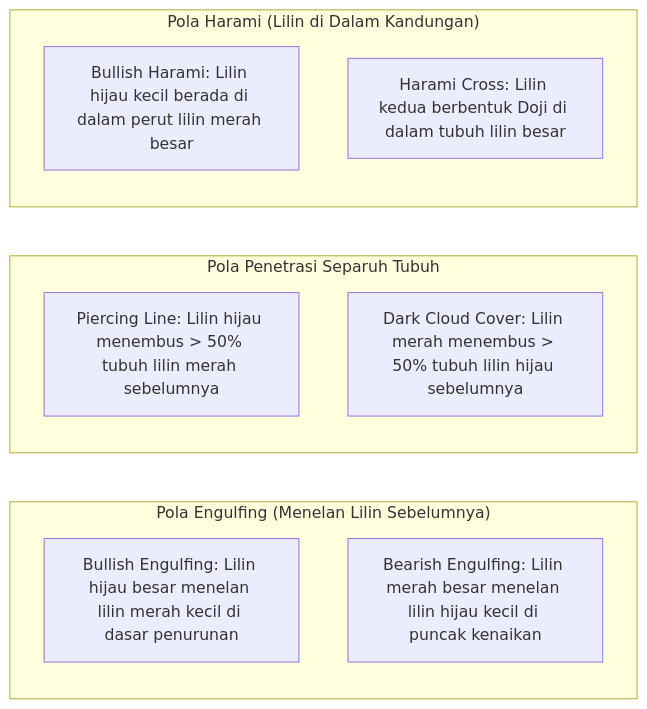
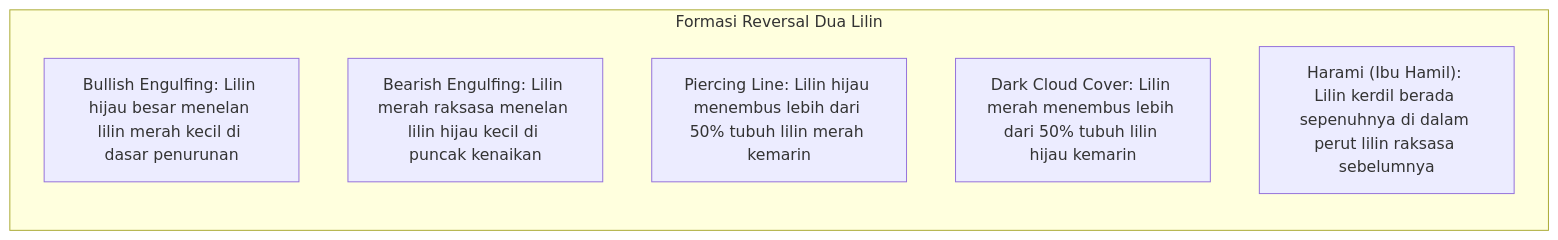
One commit to AlulCode45/Trading-Learning-Path changed the fourth of 6 diagrams in docs/edianto-ong/24-candlestick-komprehensif.md. Above: the diagram before and after it, drawn with Mermaid. The commit also changed other lines of this file and 29 other files, not shown here.

Commit message:
docs(edianto-ong): upgrade all 29 chapters with beginner analogies, diagrams, step-by-step guides, and case studies

````diff
--- a/docs/edianto-ong/24-candlestick-komprehensif.md
+++ b/docs/edianto-ong/24-candlestick-komprehensif.md
@@ -83,20 +114,11 @@
 ```mermaid
-flowchart LR
-    subgraph EngulfingPatterns["Pola Engulfing (Menelan Lilin Sebelumnya)"]
+flowchart TD
+    subgraph DualPatterns["Formasi Reversal Dua Lilin"]
         direction TB
-        BE["Bullish Engulfing: Lilin hijau besar menelan lilin merah kecil di dasar penurunan"]
-        BR["Bearish Engulfing: Lilin merah besar menelan lilin hijau kecil di puncak kenaikan"]
-    end
-
-    subgraph PiercingCloud["Pola Penetrasi Separuh Tubuh"]
-        direction TB
-        PL["Piercing Line: Lilin hijau menembus > 50% tubuh lilin merah sebelumnya"]
-        DCC["Dark Cloud Cover: Lilin merah menembus > 50% tubuh lilin hijau sebelumnya"]
-    end
-
-    subgraph HaramiPatterns["Pola Harami (Lilin di Dalam Kandungan)"]
-        direction TB
-        BH["Bullish Harami: Lilin hijau kecil berada di dalam perut lilin merah besar"]
-        BHC["Harami Cross: Lilin kedua berbentuk Doji di dalam tubuh lilin besar"]
+        E1["Bullish Engulfing: Lilin hijau besar menelan lilin merah kecil di dasar penurunan"]
+        E2["Bearish Engulfing: Lilin merah raksasa menelan lilin hijau kecil di puncak kenaikan"]
+        P1["Piercing Line: Lilin hijau menembus lebih dari 50% tubuh lilin merah kemarin"]
+        D1["Dark Cloud Cover: Lilin merah menembus lebih dari 50% tubuh lilin hijau kemarin"]
+        H1["Harami (Ibu Hamil): Lilin kerdil berada sepenuhnya di dalam perut lilin raksasa sebelumnya"]
     end
 ```
````
